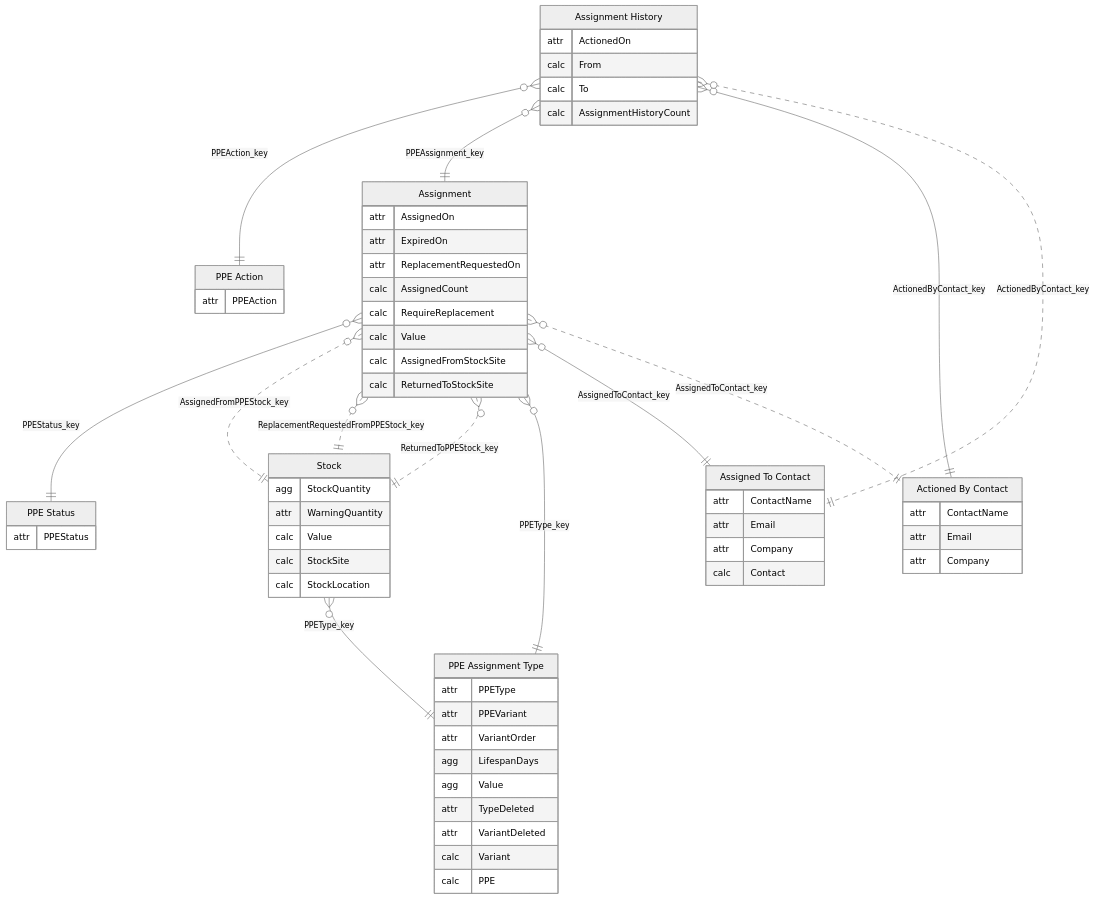
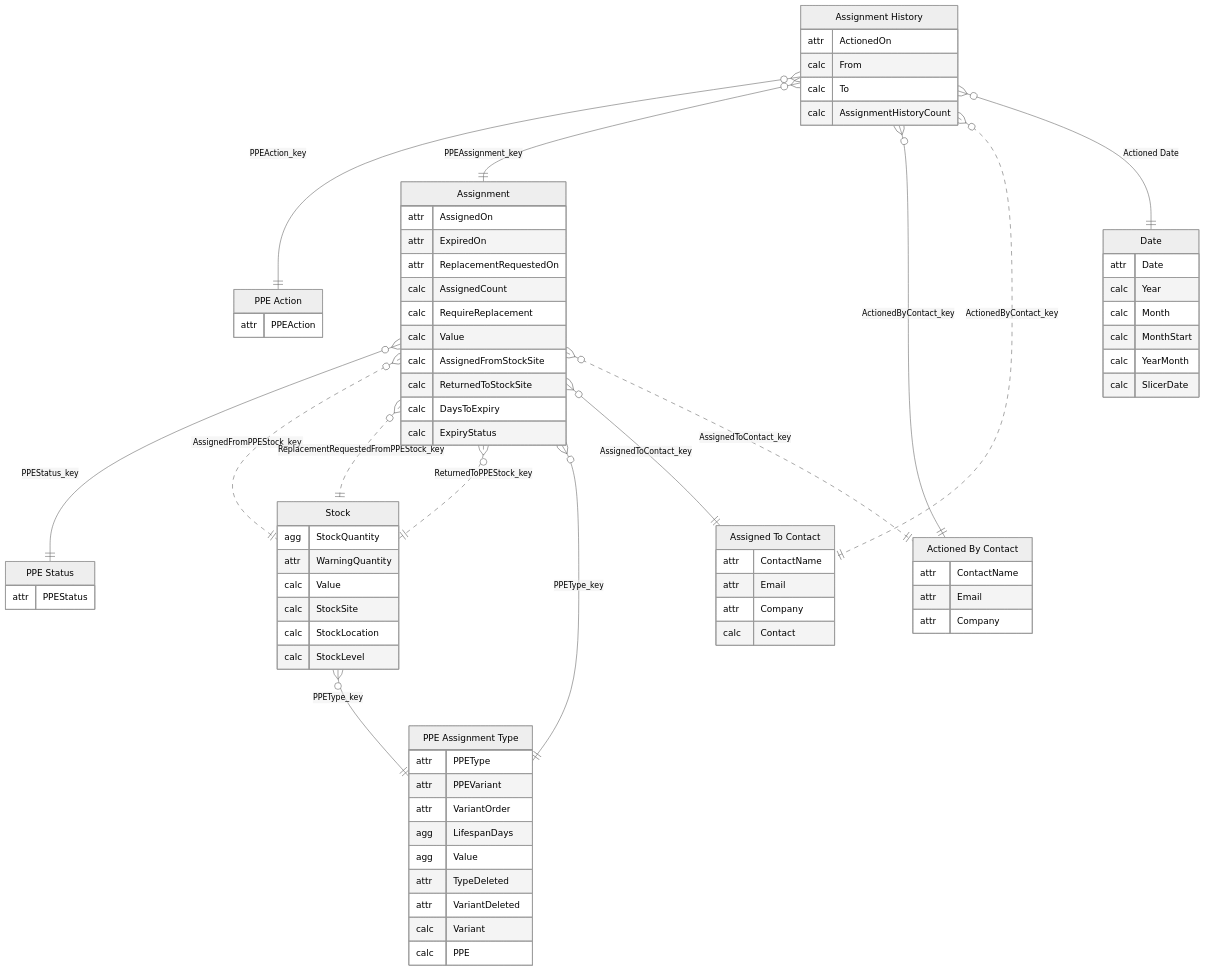
Before and after one commit to work-wallet/BIClient: the third of 5 diagrams in PowerBISamplesModels/PPE.md, drawn with Mermaid. The commit also changed other lines of this file and 816 other files, not shown here.

````diff
--- a/PowerBISamplesModels/PPE.md
+++ b/PowerBISamplesModels/PPE.md
@@ -110,70 +121,82 @@
 ```mermaid
 ---
 config:
   theme: neutral
 ---
 erDiagram
     "Stock" {
         agg StockQuantity
         attr WarningQuantity
         calc Value
         calc StockSite
         calc StockLocation
+        calc StockLevel
     }
     "Assignment" {
         attr AssignedOn
         attr ExpiredOn
         attr ReplacementRequestedOn
         calc AssignedCount
         calc RequireReplacement
         calc Value
         calc AssignedFromStockSite
         calc ReturnedToStockSite
+        calc DaysToExpiry
+        calc ExpiryStatus
     }
     "Assignment History" {
         attr ActionedOn
         calc From
         calc To
         calc AssignmentHistoryCount
     }
     "PPE Assignment Type" {
         attr PPEType
         attr PPEVariant
         attr VariantOrder
         agg LifespanDays
         agg Value
         attr TypeDeleted
         attr VariantDeleted
         calc Variant
         calc PPE
     }
     "PPE Action" {
         attr PPEAction
     }
     "PPE Status" {
         attr PPEStatus
     }
     "Assigned To Contact" {
         attr ContactName
         attr Email
         attr Company
         calc Contact
     }
     "Actioned By Contact" {
         attr ContactName
         attr Email
         attr Company
     }
+    "Date" {
+        attr Date
+        calc Year
+        calc Month
+        calc MonthStart
+        calc YearMonth
+        calc SlicerDate
+    }
     "Assignment" }o--|| "PPE Status" : "PPEStatus_key"
     "Assignment" }o..|| "Stock" : "AssignedFromPPEStock_key"
     "Assignment" }o..|| "Stock" : "ReplacementRequestedFromPPEStock_key"
     "Assignment" }o..|| "Stock" : "ReturnedToPPEStock_key"
     "Assignment History" }o--|| "PPE Action" : "PPEAction_key"
     "Assignment History" }o--|| "Assignment" : "PPEAssignment_key"
     "Assignment" }o--|| "PPE Assignment Type" : "PPEType_key"
     "Stock" }o--|| "PPE Assignment Type" : "PPEType_key"
     "Assignment History" }o--|| "Actioned By Contact" : "ActionedByContact_key"
     "Assignment" }o--|| "Assigned To Contact" : "AssignedToContact_key"
     "Assignment" }o..|| "Actioned By Contact" : "AssignedToContact_key"
     "Assignment History" }o..|| "Assigned To Contact" : "ActionedByContact_key"
+    "Assignment History" }o--|| "Date" : "Actioned Date"
 ```
````
